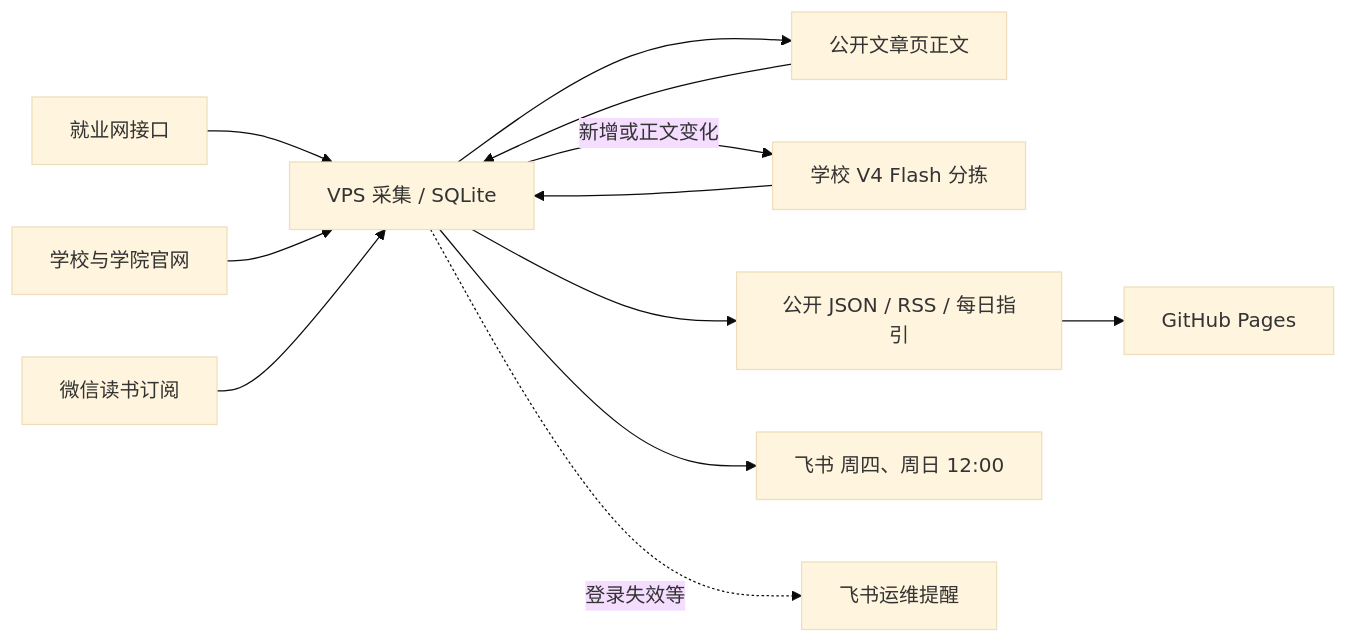
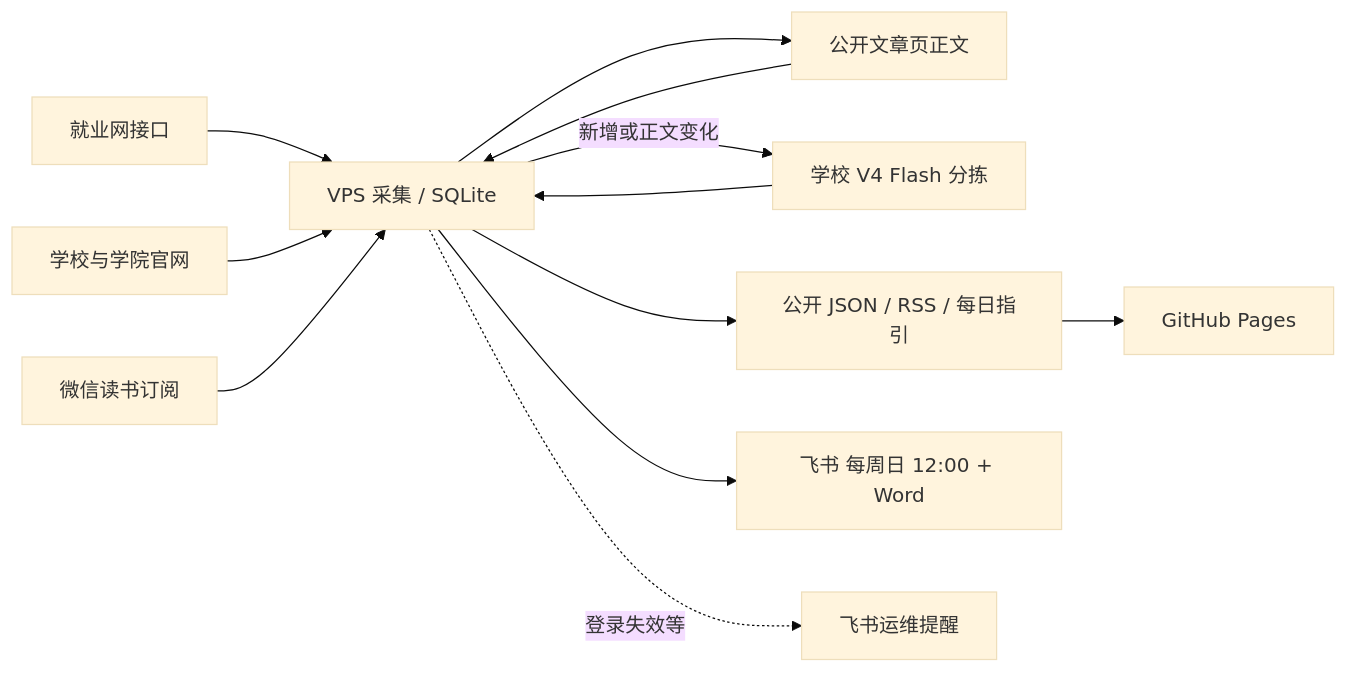
Before and after one commit to lankerr/bit-student-feed: the diagram in README.md, drawn with Mermaid (base theme). The commit also changed other lines of this file and 16 other files, not shown here.

````diff
--- a/README.md
+++ b/README.md
@@ -32,14 +32,14 @@
 ```mermaid
 flowchart LR
   J[就业网接口] --> V[VPS 采集 / SQLite]
   W[学校与学院官网] --> V
   R[微信读书订阅] --> V
   V --> B[公开文章页正文]
   B --> V
   V -->|新增或正文变化| S[学校 V4 Flash 分拣]
   S --> V
   V --> P[公开 JSON / RSS / 每日指引]
   P --> G[GitHub Pages]
-  V --> F[飞书 周四、周日 12:00]
+  V --> F[飞书 每周日 12:00 + Word]
   V -.登录失效等.-> O[飞书运维提醒]
 ```
````
